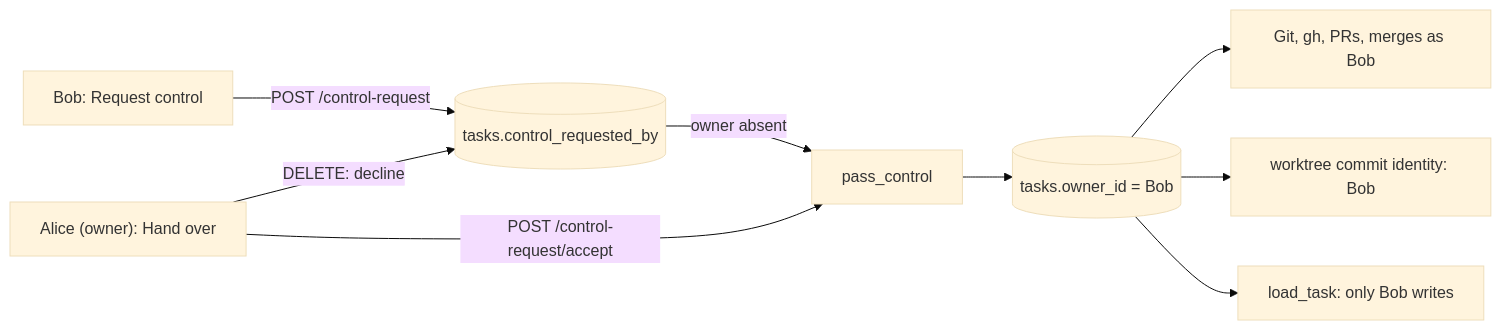
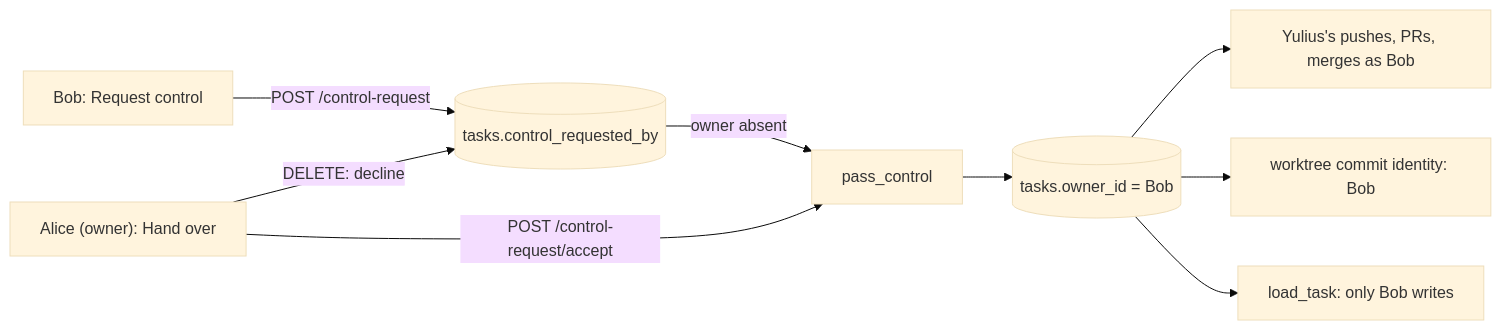
Diagram 20 of 30 in docs/architecture.md (Quartio-Studio/yulius), drawn with Mermaid (base theme) before and after one commit. The commit also changed other lines of this file and 38 other files, not shown here.

````diff
--- a/docs/architecture.md
+++ b/docs/architecture.md
@@ -604,11 +624,11 @@
 ```mermaid
 flowchart LR
   B["Bob: Request control"] -->|"POST /control-request"| REQ[("tasks.control_requested_by")]
   REQ -->|"owner absent"| PASS["pass_control"]
   A["Alice (owner): Hand over"] -->|"POST /control-request/accept"| PASS
   A -->|"DELETE: decline"| REQ
   PASS --> OWN[("tasks.owner_id = Bob")]
-  OWN --> TOK["Git, gh, PRs, merges as Bob"]
+  OWN --> TOK["Yulius's pushes, PRs, merges as Bob"]
   OWN --> ID["worktree commit identity: Bob"]
   OWN --> GATE["load_task: only Bob writes"]
 ```
````
